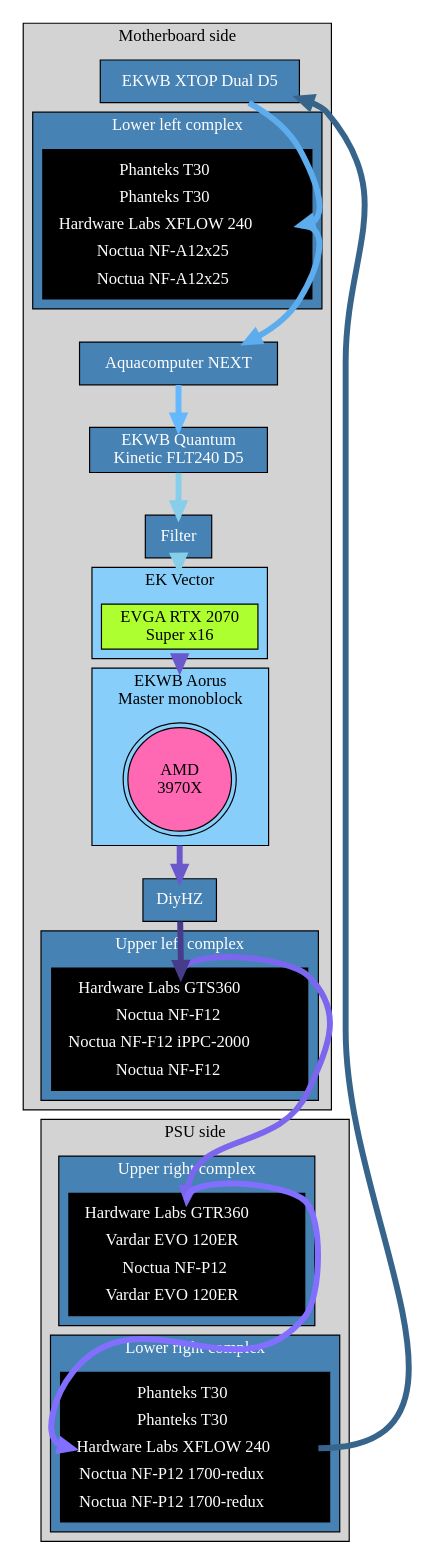
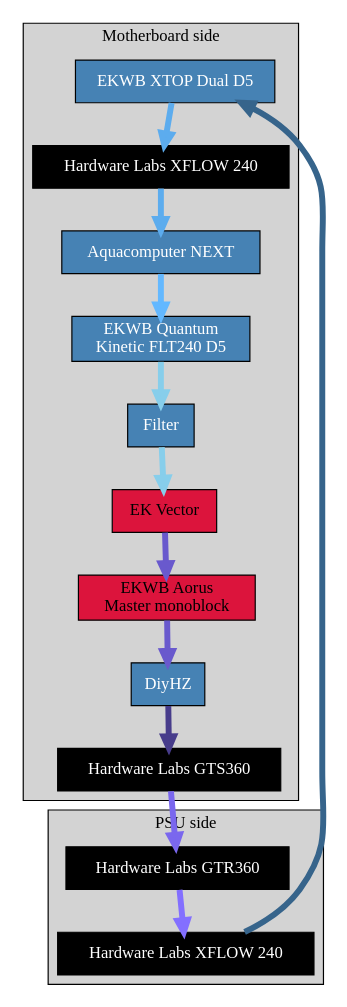
The diagram in schwarz-loop.dot (dankamongmen/openscad-models), drawn with Graphviz before and after one commit.

Commit message:
schwarz-loop dot: simplify, man

```diff
--- a/schwarz-loop.dot
+++ b/schwarz-loop.dot
@@ -1,71 +1,39 @@
 graph G {
 	compound=true
 	subgraph clusterLeftSide {
 		label="Motherboard side";
 		style=filled;
-		subgraph clusterMonoblock {
-			label="EKWB Aorus\nMaster monoblock";
-			style=filled;
-			fillcolor=lightskyblue;
-			CPU [style=filled fillcolor=hotpink shape=doublecircle label="AMD\n3970X"];
-		}
-		subgraph clusterEKVector {
-			label="EK Vector";
-			style=filled;
-			fillcolor=lightskyblue;
-			GPU [label="EVGA RTX 2070\nSuper x16" style=filled fillcolor=greenyellow shape=rectangle]
-		}
-		subgraph clusterULeft {
-		  label="Upper left complex"
-			style=filled
-			fillcolor=steelblue
-			fontcolor=white
-		  node [shape=plaintext];
-			  uleft [style=filled fillcolor=black fontcolor=white label=<<TABLE><TR><TD PORT="gts360">Hardware Labs GTS360</TD></TR><TR><TD PORT="uleftfan0">Noctua NF-F12</TD></TR><TR><TD PORT="uleftfan1">Noctua NF-F12 iPPC-2000</TD></TR><TR><TD PORT="uleftfan2">Noctua NF-F12</TD></TR></TABLE>>]
-		}
-		subgraph clusterLLeft {
-		  label="Lower left complex"
-			style=filled
-			fillcolor=steelblue
-			fontcolor=white
-		  node [shape=plaintext];
-		    lleft [style=filled fillcolor=black fontcolor=white label=<<TABLE><TR><TD>Phanteks T30</TD></TR><TR><TD>Phanteks T30</TD></TR><TR><TD PORT="xflow240a">Hardware Labs XFLOW 240</TD></TR><TR><TD PORT="lleftfan0">Noctua NF-A12x25</TD></TR><TR><TD PORT="lleftfan1">Noctua NF-A12x25</TD></TR></TABLE>>];
-    }
-		lleft:xflow240a--NEXT [color=steelblue2 penwidth=5 dir=forward];
+		gts360 [style=filled fillcolor=black fontcolor=white label="Hardware Labs GTS360" shape=rectangle];
+		xflow240a [label="Hardware Labs XFLOW 240" style=filled fillcolor=black fontcolor=white shape=rectangle];
+		xflow240a--NEXT [color=steelblue2 penwidth=5 dir=forward];
+		Vector [label="EK Vector" style=filled fillcolor=crimson shape=rectangle];
+		Monoblock [label="EKWB Aorus\nMaster monoblock" style=filled fillcolor=crimson shape=rectangle];
 		XTOP [label="EKWB XTOP Dual D5" style=filled fillcolor=steelblue shape=rectangle fontcolor=white dir=forward];
 		Filter [style=filled fillcolor=steelblue shape=rectangle fontcolor=white dir=forward];
 		NEXT [label="Aquacomputer NEXT" style=filled fillcolor=steelblue shape=rectangle fontcolor=white dir=forward];
 		DiyHZ [style=filled fillcolor=steelblue shape=rectangle fontcolor=white dir=forward];
-		GPU--CPU [color=slateblue3 penwidth=5 ltail=clusterEKVector lhead=clusterMonoblock dir=forward];
-		CPU--DiyHZ [color=slateblue3 penwidth=5 ltail=clusterMonoblock dir=forward];
-		DiyHZ--uleft:gts360 [color=slateblue4 penwidth=5 dir=forward];
+		Vector--Monoblock [color=slateblue3 penwidth=5 dir=forward];
+		Monoblock--DiyHZ [color=slateblue3 penwidth=5 dir=forward];
+		DiyHZ--gts360 [color=slateblue4 penwidth=5 dir=forward];
 	  Quantum [label="EKWB Quantum\nKinetic FLT240 D5" style=filled fillcolor=steelblue shape=rectangle fontcolor=white];
 	}
 	subgraph clusterRightside {
 		label="PSU side";
 		style=filled;
 		subgraph clusterURight {
 		  label="Upper right complex"
 			style=filled
 			fillcolor=steelblue
 			fontcolor=white
-		  node [shape=plaintext];
-			  uright [style=filled fillcolor=black fontcolor=white label=<<TABLE><TR><TD PORT="gtr360">Hardware Labs GTR360</TD></TR><TR><TD PORT="urightfan0">Vardar EVO 120ER</TD></TR><TR><TD PORT="urightfan1">Noctua NF-P12</TD></TR><TR><TD PORT="urightfan2">Vardar EVO 120ER</TD></TR></TABLE>>]
 		}
-		subgraph clusterLRight {
-		  label="Lower right complex"
-			style=filled
-			fillcolor=steelblue
-			fontcolor=white
-		  node [shape=plaintext];
-		    lright [style=filled fillcolor=black fontcolor=white label=<<TABLE><TR><TD>Phanteks T30</TD></TR><TR><TD>Phanteks T30</TD></TR><TR><TD PORT="xflow240b">Hardware Labs XFLOW 240</TD></TR><TR><TD PORT="lrightfan0">Noctua NF-P12 1700-redux</TD></TR><TR><TD PORT="lrightfan1">Noctua NF-P12 1700-redux</TD></TR></TABLE>>];
-    }
-		uright:gtr360--lright:xflow240b [dir=forward color=slateblue1 penwidth=5];
+		gtr360 [style=filled fillcolor=black fontcolor=white label="Hardware Labs GTR360" shape=rectangle];
+		xflow240b [label="Hardware Labs XFLOW 240" style=filled fillcolor=black fontcolor=white shape=rectangle];
+		gtr360--xflow240b [dir=forward color=slateblue1 penwidth=5];
 	}
-	lright:xflow240b--XTOP [color=steelblue4 penwidth=5 dir=forward];
-  XTOP--lleft:xflow240a [color=steelblue2 penwidth=5 dir=forward];
+	xflow240b--XTOP [color=steelblue4 penwidth=5 dir=forward];
+  XTOP--xflow240a [color=steelblue2 penwidth=5 dir=forward];
 	NEXT--Quantum [color=steelblue1 penwidth=5 dir=forward];
 	Quantum--Filter [color=skyblue penwidth=5 dir=forward];
-	Filter--GPU [color=skyblue penwidth=5 lhead=clusterEKVector dir=forward];
-	uleft:gts360--uright:gtr360 [color=slateblue2 penwidth=5 dir=forward];
+	Filter--Vector [color=skyblue penwidth=5 dir=forward];
+	gts360--gtr360 [color=slateblue2 penwidth=5 dir=forward];
 }
```
